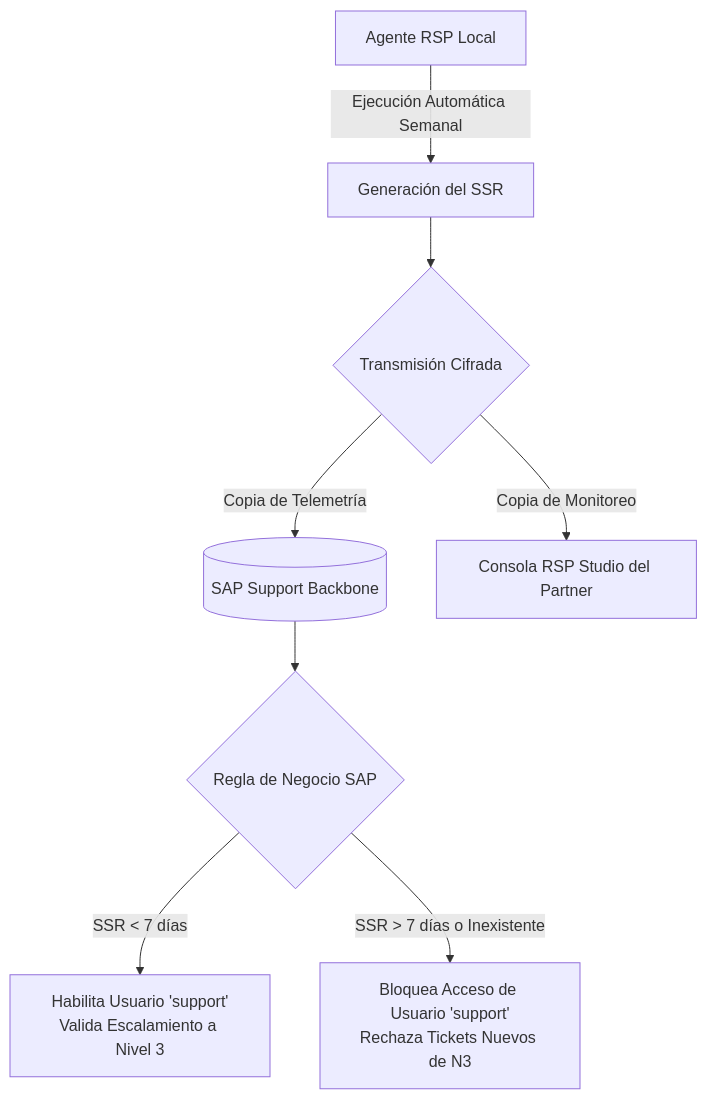
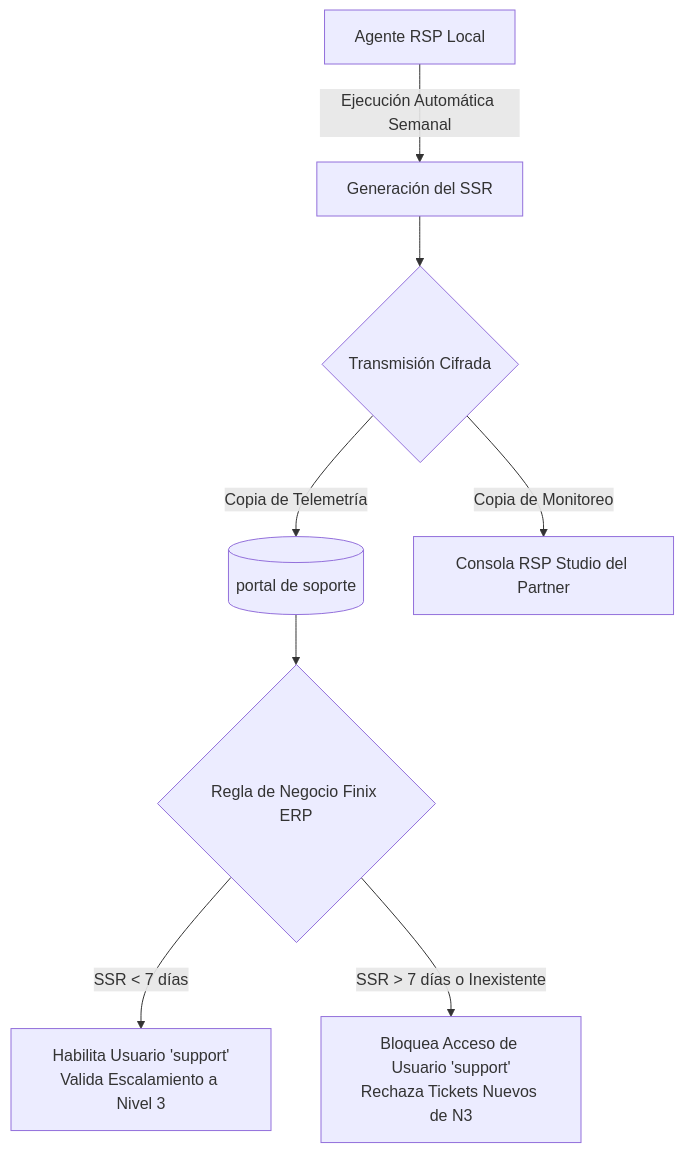
One commit to pablofgarciaf/B1-ACADEMY changed the fifth of 11 diagrams in public/modulos/Modulo_09.md. Above: the diagram before and after it, drawn with Mermaid. The commit also changed other lines of this file and 4125 other files, not shown here.

````diff
--- a/public/modulos/Modulo_09.md
+++ b/public/modulos/Modulo_09.md
@@ -203,10 +203,10 @@
 ```mermaid
 flowchart TD
     A[Agente RSP Local] -->|Ejecución Automática Semanal| B[Generación del SSR]
     B --> C{Transmisión Cifrada}
-    C -->|Copia de Telemetría| D[(SAP Support Backbone)]
+    C -->|Copia de Telemetría| D[(portal de soporte)]
     C -->|Copia de Monitoreo| E[Consola RSP Studio del Partner]
-    D --> F{Regla de Negocio SAP}
+    D --> F{Regla de Negocio Finix ERP}
     F -->|SSR < 7 días| G[Habilita Usuario 'support'<br/>Valida Escalamiento a Nivel 3]
     F -->|SSR > 7 días o Inexistente| H[Bloquea Acceso de Usuario 'support'<br/>Rechaza Tickets Nuevos de N3]
 ```
````
